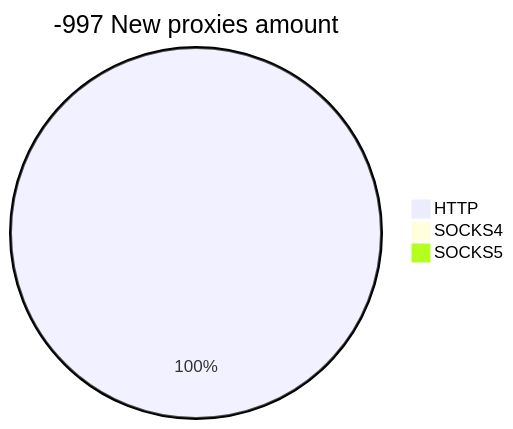
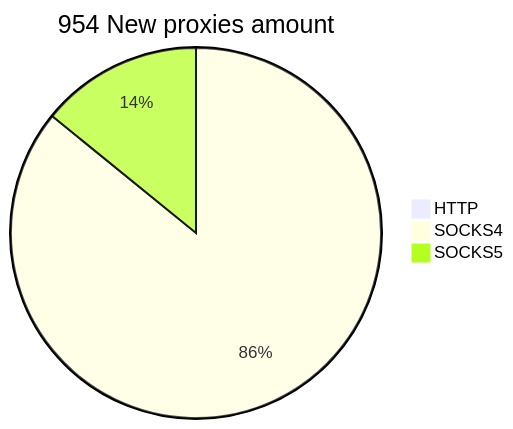
The second of 2 diagrams in README.md (cutipu/proxylist), drawn with Mermaid before and after one commit. The commit also changed other lines of this file, not shown here.

````diff
--- a/README.md
+++ b/README.md
@@ -10,6 +10,6 @@
 ```mermaid
-pie title -997 New proxies amount
-    "HTTP" : 110
-    "SOCKS4" : 0
-    "SOCKS5" : 0
+pie title 954 New proxies amount
+    "HTTP" : 0
+    "SOCKS4" : 893
+    "SOCKS5" : 147
 ```
````
